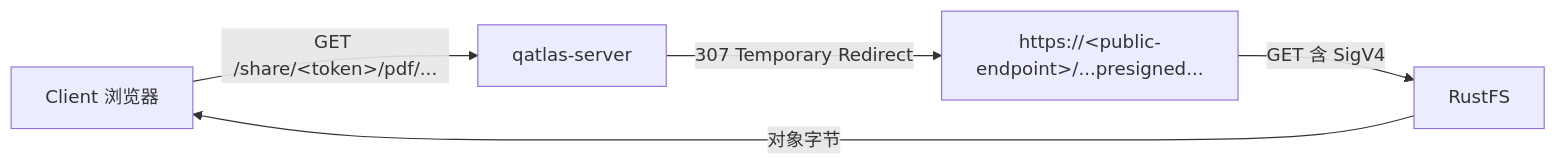
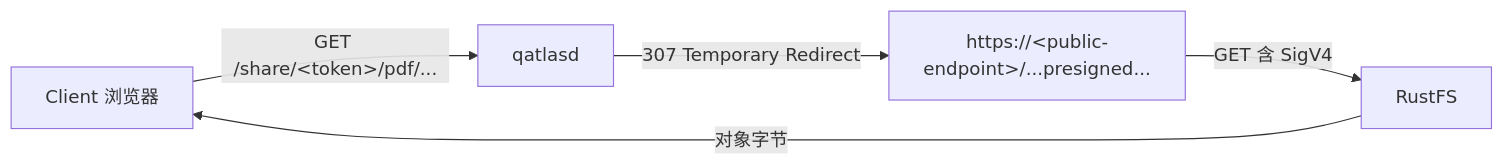
One commit to IAI-USTC-Quantum/QuantumAtlas changed the diagram in docs/guides/share-and-download.md. Above: the diagram before and after it, drawn with Mermaid. The commit also changed other lines of this file and 67 other files, not shown here.

First line of the commit message:
feat!: rename server binary qatlas-server → qatlasd

````diff
--- a/docs/guides/share-and-download.md
+++ b/docs/guides/share-and-download.md
@@ -94,7 +94,7 @@
 ```mermaid
 flowchart LR
-    C[Client 浏览器] -->|GET /share/&lt;token&gt;/pdf/...| Q[qatlas-server]
+    C[Client 浏览器] -->|GET /share/&lt;token&gt;/pdf/...| Q[qatlasd]
     Q -->|307 Temporary Redirect| R[https://&lt;public-endpoint&gt;/...presigned...]
     R -->|GET 含 SigV4| RFS[RustFS]
     RFS -->|对象字节| C
 ```
````
